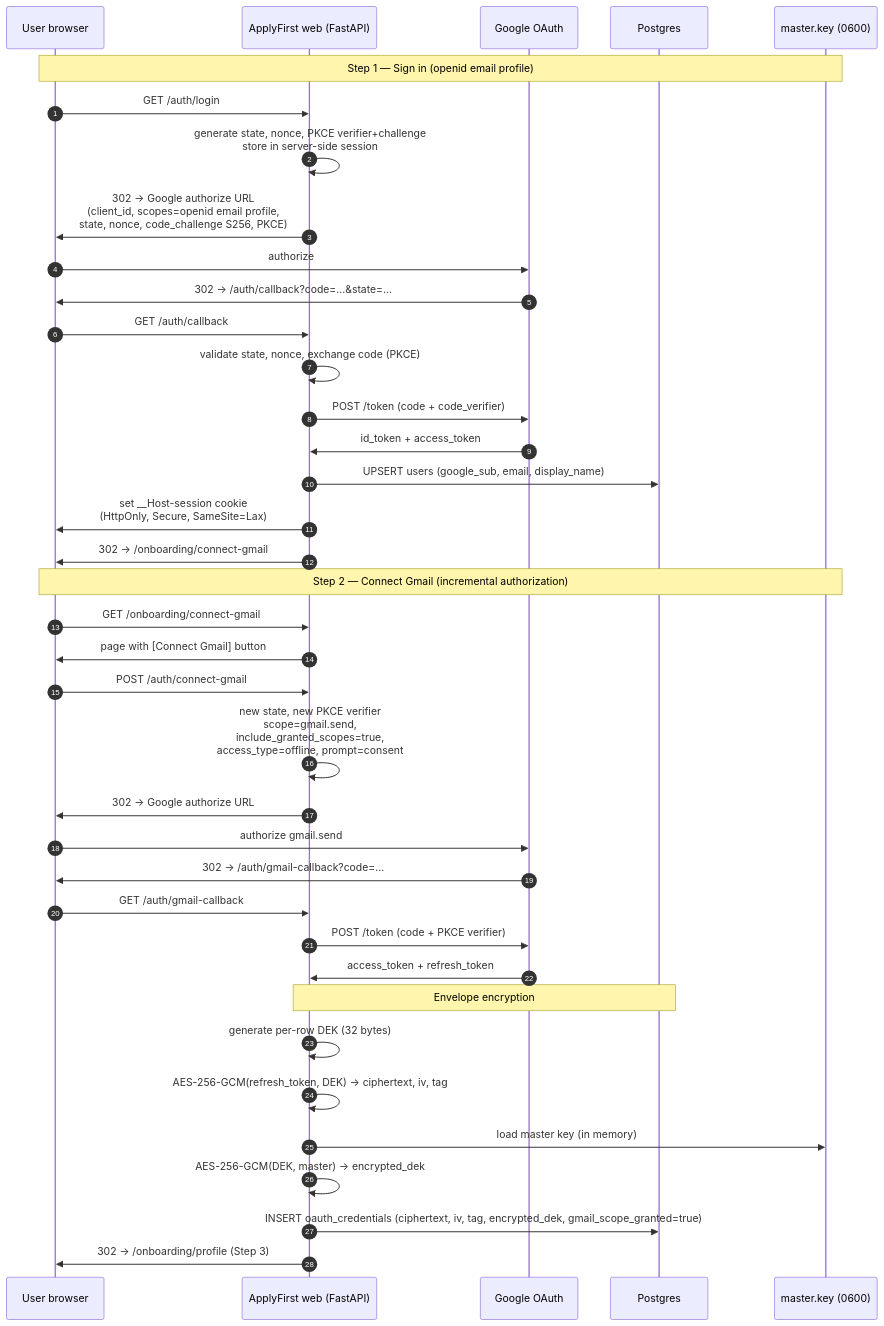
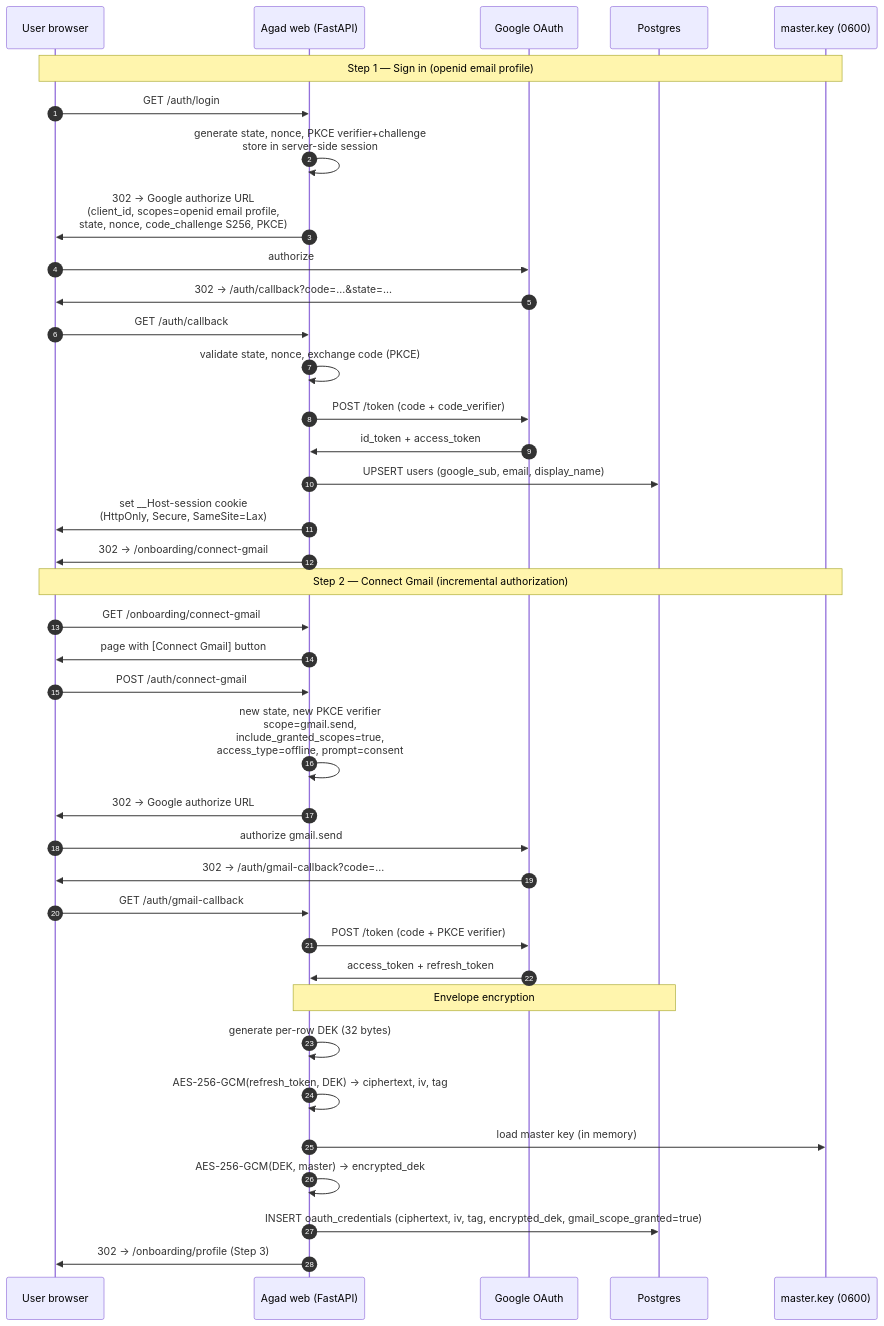
One commit to OmharRegidor/ApplyFirst changed the fourth of 5 diagrams in docs/SYSTEM-DESIGN.md. Above: the diagram before and after it, drawn with Mermaid. The commit also changed other lines of this file and 36 other files, not shown here.

First line of the commit message:
refactor: rename the product from ApplyFirst to Agad

````diff
--- a/docs/SYSTEM-DESIGN.md
+++ b/docs/SYSTEM-DESIGN.md
@@ -242,43 +245,43 @@
 ```mermaid
 sequenceDiagram
     autonumber
     participant U as User browser
-    participant W as ApplyFirst web (FastAPI)
+    participant W as Agad web (FastAPI)
     participant G as Google OAuth
     participant DB as Postgres
     participant K as master.key (0600)
 
     Note over U,K: Step 1 — Sign in (openid email profile)
     U->>W: GET /auth/login
     W->>W: generate state, nonce, PKCE verifier+challenge<br/>store in server-side session
     W->>U: 302 → Google authorize URL<br/>(client_id, scopes=openid email profile,<br/>state, nonce, code_challenge S256, PKCE)
     U->>G: authorize
     G->>U: 302 → /auth/callback?code=...&state=...
     U->>W: GET /auth/callback
     W->>W: validate state, nonce, exchange code (PKCE)
     W->>G: POST /token (code + code_verifier)
     G->>W: id_token + access_token
     W->>DB: UPSERT users (google_sub, email, display_name)
     W->>U: set __Host-session cookie<br/>(HttpOnly, Secure, SameSite=Lax)
     W->>U: 302 → /onboarding/connect-gmail
 
     Note over U,K: Step 2 — Connect Gmail (incremental authorization)
     U->>W: GET /onboarding/connect-gmail
     W->>U: page with [Connect Gmail] button
     U->>W: POST /auth/connect-gmail
     W->>W: new state, new PKCE verifier<br/>scope=gmail.send,<br/>include_granted_scopes=true,<br/>access_type=offline, prompt=consent
     W->>U: 302 → Google authorize URL
     U->>G: authorize gmail.send
     G->>U: 302 → /auth/gmail-callback?code=...
     U->>W: GET /auth/gmail-callback
     W->>G: POST /token (code + PKCE verifier)
     G->>W: access_token + refresh_token
 
     Note over W,DB: Envelope encryption
     W->>W: generate per-row DEK (32 bytes)
     W->>W: AES-256-GCM(refresh_token, DEK) → ciphertext, iv, tag
     W->>K: load master key (in memory)
     W->>W: AES-256-GCM(DEK, master) → encrypted_dek
     W->>DB: INSERT oauth_credentials (ciphertext, iv, tag, encrypted_dek, gmail_scope_granted=true)
     W->>U: 302 → /onboarding/profile (Step 3)
 ```
````
